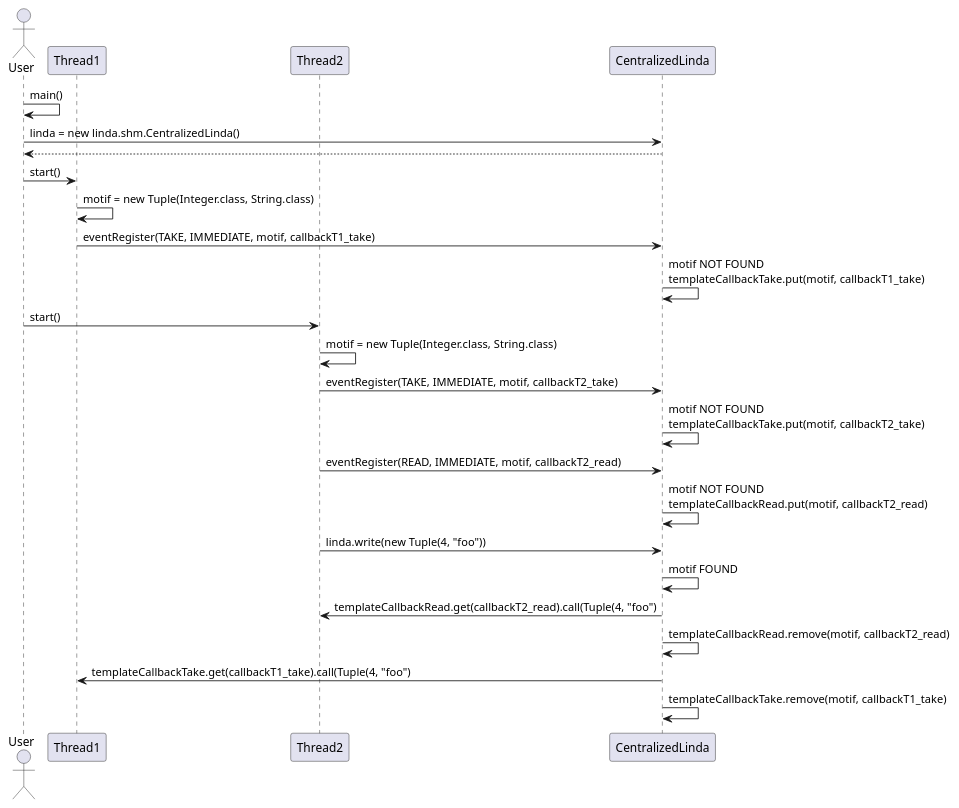
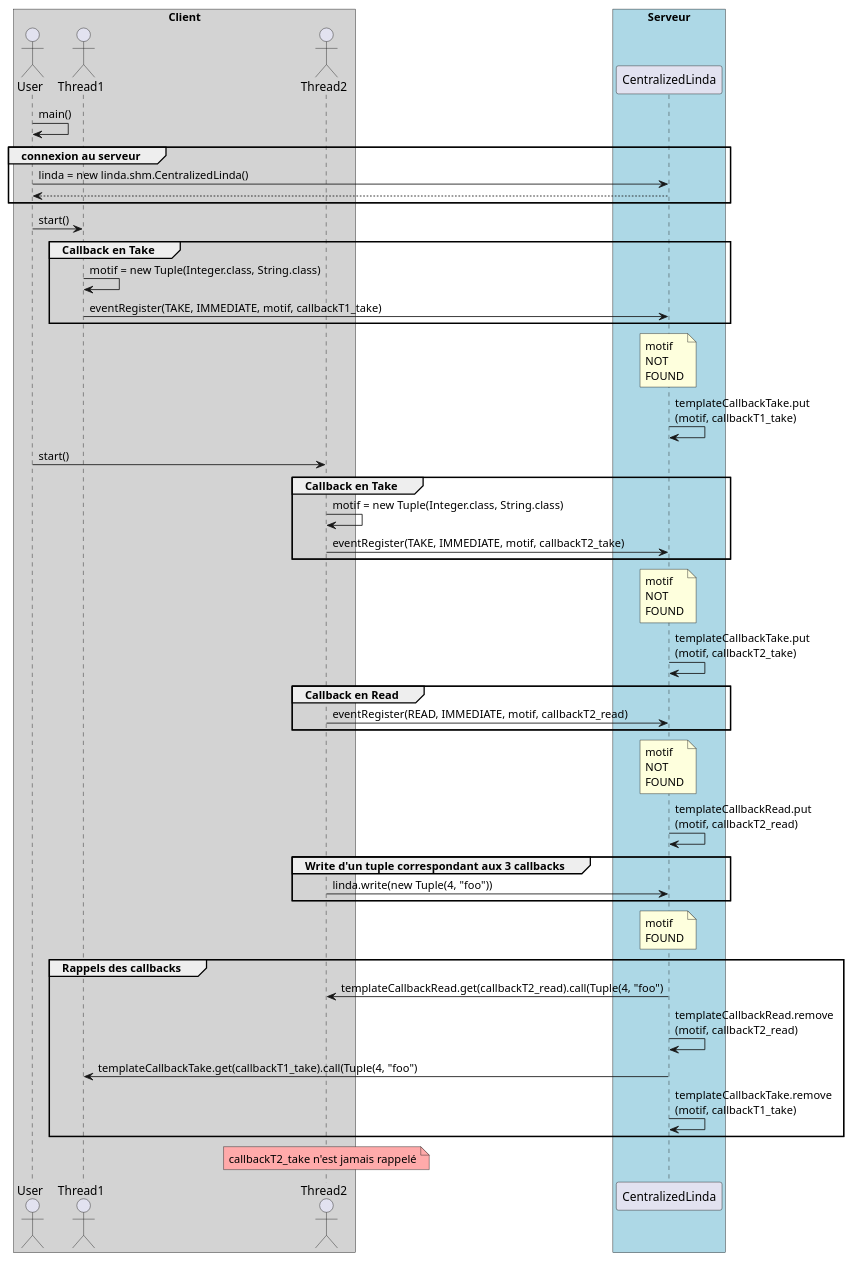
One commit to HayZun/Intergiciel changed the diagram in linda/shm/Diagram/Sequences/Sequence_callbacks.plantuml. Above: the diagram before and after it, drawn with PlantUML. The commit also changed 5 other files, not shown here.

Commit message:
plantuml

```diff
--- a/linda/shm/Diagram/Sequences/Sequence_callbacks.plantuml
+++ b/linda/shm/Diagram/Sequences/Sequence_callbacks.plantuml
@@ -1,46 +1,82 @@
 @startuml
 
+box "Client" #LightGrey
 actor User
-participant Thread1
-participant Thread2
+actor Thread1
+actor Thread2
+end box
+box "Serveur" #LightBlue
 participant "CentralizedLinda" as Linda
+end box
 
 User -> User: main()
+
+group connexion au serveur
 
 User -> Linda: linda = new linda.shm.CentralizedLinda()
 
 Linda --> User
 
+end
+
 User -> Thread1: start()
+
+group Callback en Take
 
 Thread1 -> Thread1 : motif = new Tuple(Integer.class, String.class)
 
 Thread1 -> Linda: eventRegister(TAKE, IMMEDIATE, motif, callbackT1_take)
 
-Linda -> Linda : motif NOT FOUND \ntemplateCallbackTake.put(motif, callbackT1_take)
+end
+
+note over Linda : motif \nNOT \nFOUND
+
+Linda -> Linda : templateCallbackTake.put\n(motif, callbackT1_take)
 
 User -> Thread2: start()
+
+group Callback en Take
 
 Thread2 -> Thread2 : motif = new Tuple(Integer.class, String.class)
 
 Thread2 -> Linda: eventRegister(TAKE, IMMEDIATE, motif, callbackT2_take)
 
-Linda -> Linda : motif NOT FOUND \ntemplateCallbackTake.put(motif, callbackT2_take)
+end
+
+note over Linda : motif \nNOT \nFOUND
+
+Linda -> Linda : templateCallbackTake.put\n(motif, callbackT2_take)
+
+group Callback en Read
 
 Thread2 -> Linda: eventRegister(READ, IMMEDIATE, motif, callbackT2_read)
 
-Linda -> Linda : motif NOT FOUND \ntemplateCallbackRead.put(motif, callbackT2_read)
+end
+
+note over Linda : motif \nNOT \nFOUND
+
+Linda -> Linda : templateCallbackRead.put\n(motif, callbackT2_read)
+
+group Write d'un tuple correspondant aux 3 callbacks
 
 Thread2 -> Linda: linda.write(new Tuple(4, "foo"))
 
-Linda -> Linda : motif FOUND
+end
+
+note over Linda : motif \nFOUND
+
+group Rappels des callbacks
 
 Linda -> Thread2 : templateCallbackRead.get(callbackT2_read).call(Tuple(4, "foo") 
 
-Linda -> Linda : templateCallbackRead.remove(motif, callbackT2_read)
+Linda -> Linda : templateCallbackRead.remove\n(motif, callbackT2_read)
 
 Linda -> Thread1 : templateCallbackTake.get(callbackT1_take).call(Tuple(4, "foo")
 
-Linda -> Linda : templateCallbackTake.remove(motif, callbackT1_take)
+Linda -> Linda : templateCallbackTake.remove\n(motif, callbackT1_take)
+
+end
+
+note over Thread2 #FFAAAA: callbackT2_take n'est jamais rappelé
 
 @enduml
```
